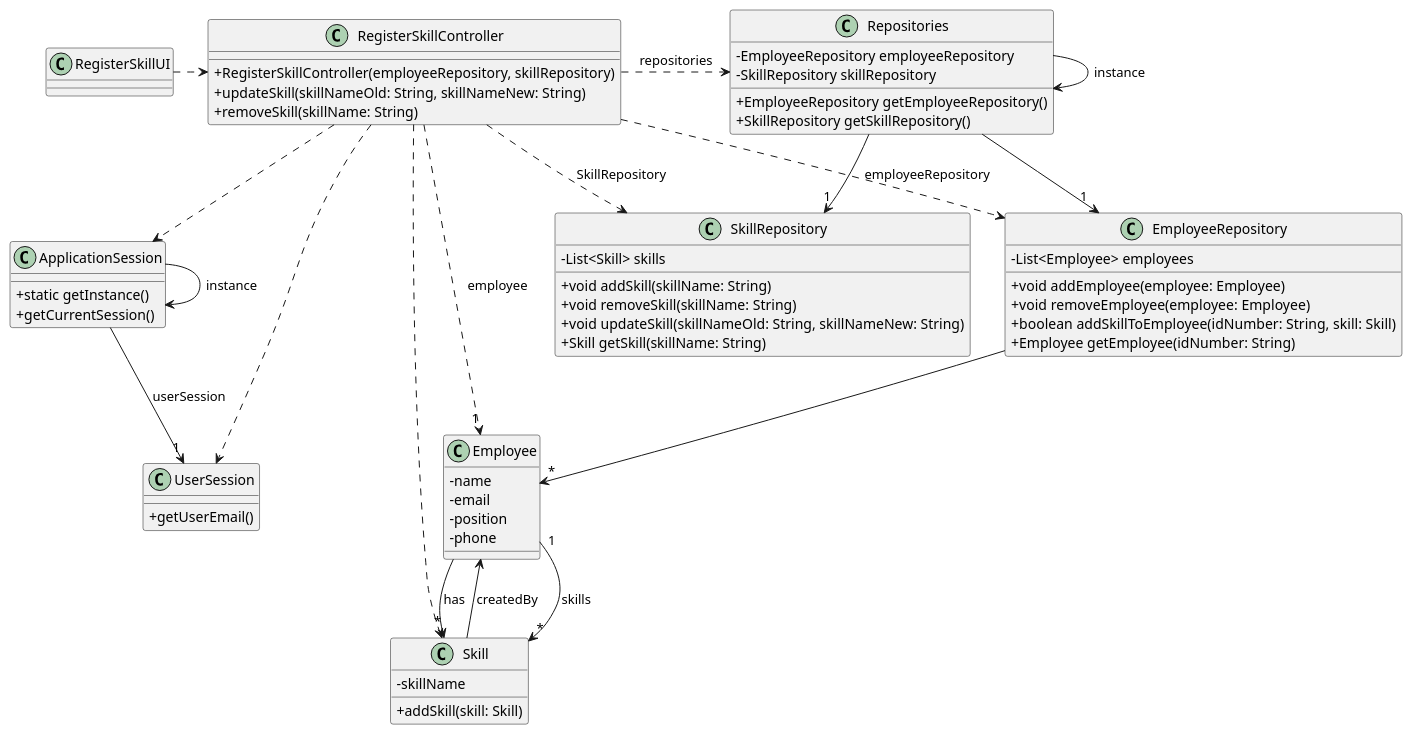
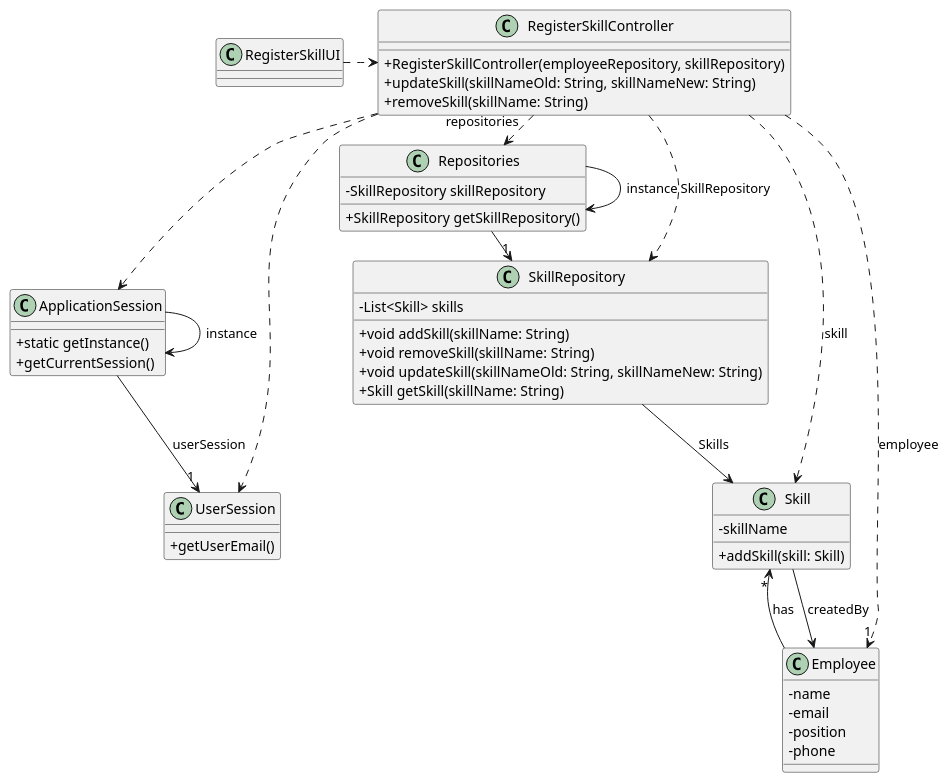
One commit to Departamento-de-Engenharia-Informatica/greenspace-management changed the diagram in docs/sprintB/us001/03.design/puml/us001-class-diagram.puml. Above: the diagram before and after it, drawn with PlantUML.

Commit message:
US01 Class Diagram Updated

```diff
--- a/docs/sprintB/us001/03.design/puml/us001-class-diagram.puml
+++ b/docs/sprintB/us001/03.design/puml/us001-class-diagram.puml
@@ -1,103 +1,86 @@
 @startuml
 
 'skinparam monochrome true
 skinparam packageStyle rectangle
 skinparam shadowing false
 skinparam linetype polyline
 skinparam linetype orto
 
 skinparam classAttributeIconSize 0
 
 'left to right direction
 
 class ApplicationSession
 {
     + static getInstance()
     + getCurrentSession()
 }
 
 class UserSession
 {
     + getUserEmail()
 }
 
 class Employee {
     - name
     - email
     - position
     - phone
 }
 
 class Skill {
     - skillName
 
     + addSkill(skill: Skill)
 }
 
 class SkillRepository{
     - List<Skill> skills
 
     + void addSkill(skillName: String)
     + void removeSkill(skillName: String)
     + void updateSkill(skillNameOld: String, skillNameNew: String)
     + Skill getSkill(skillName: String)
 }
 
-
-
 class RegisterSkillUI {
 }
 
 class Repositories{
-    - EmployeeRepository employeeRepository
     - SkillRepository skillRepository
 
-    + EmployeeRepository getEmployeeRepository()
     + SkillRepository getSkillRepository()
 }
-
-class EmployeeRepository{
-    - List<Employee> employees
-
-    + void addEmployee(employee: Employee)
-    + void removeEmployee(employee: Employee)
-    + boolean addSkillToEmployee(idNumber: String, skill: Skill)
-    + Employee getEmployee(idNumber: String)
-}
-
 
 class RegisterSkillController {
     + RegisterSkillController(employeeRepository, skillRepository)
     + updateSkill(skillNameOld: String, skillNameNew: String)
     + removeSkill(skillName: String)
 }
-
-
 
 Repositories -> Repositories : instance
 ApplicationSession -> ApplicationSession : instance
 
 RegisterSkillUI .> RegisterSkillController
 
 RegisterSkillController .> Repositories : repositories
 
 Repositories -> "1" SkillRepository
 
-RegisterSkillController ..> Skill
-RegisterSkillController ..> EmployeeRepository : employeeRepository
+RegisterSkillController ..> Skill : skill
 RegisterSkillController ..> SkillRepository : SkillRepository
 
-Repositories --> "1" EmployeeRepository
+' Legenda
+SkillRepository --> Skill : Skills
 
-EmployeeRepository --> "*" Employee
 ApplicationSession --> "1" UserSession : userSession
 
 RegisterSkillController ..> "1" Employee : employee
 RegisterSkillController ..> ApplicationSession
 RegisterSkillController ..> UserSession
-Employee "1" --> "*" Skill : skills
+
 Skill --> Employee : createdBy
 
 Employee --> "*" Skill : has
 
 @enduml
```
